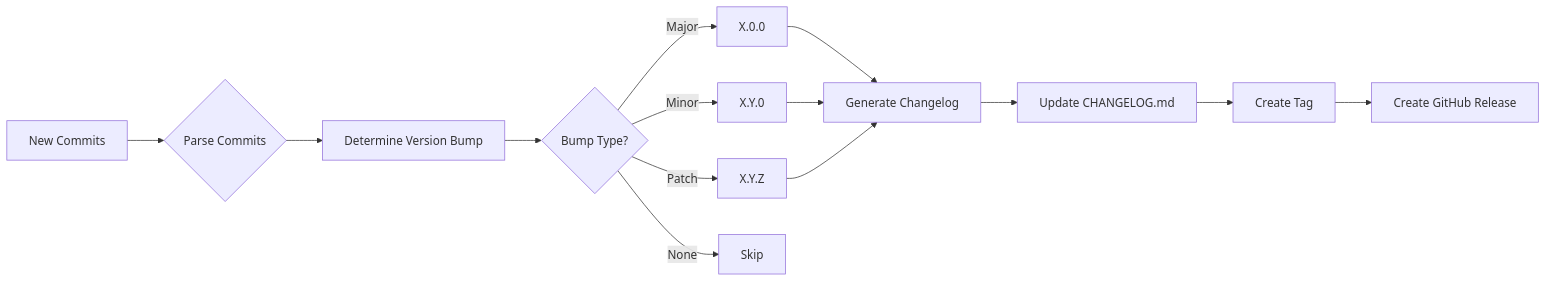
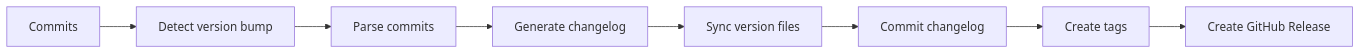
One commit to wgtechlabs/release-build-flow-action changed the diagram in README.md. Above: the diagram before and after it, drawn with Mermaid. The commit also changed other lines of this file, not shown here.

````diff
--- a/README.md
+++ b/README.md
@@ -53,16 +42,10 @@
 ```mermaid
 graph LR
-    A[New Commits] --> B{Parse Commits}
-    B --> C[Determine Version Bump]
-    C --> D{Bump Type?}
-    D -->|Major| E[X.0.0]
-    D -->|Minor| F[X.Y.0]
-    D -->|Patch| G[X.Y.Z]
-    D -->|None| H[Skip]
-    E --> I[Generate Changelog]
-    F --> I
-    G --> I
-    I --> J[Update CHANGELOG.md]
-    J --> K[Create Tag]
-    K --> L[Create GitHub Release]
+    A[Commits] --> B[Detect version bump]
+    B --> C[Parse commits]
+    C --> D[Generate changelog]
+    D --> E[Sync version files]
+    E --> F[Commit changelog]
+    F --> G[Create tags]
+    G --> H[Create GitHub Release]
 ```
````
